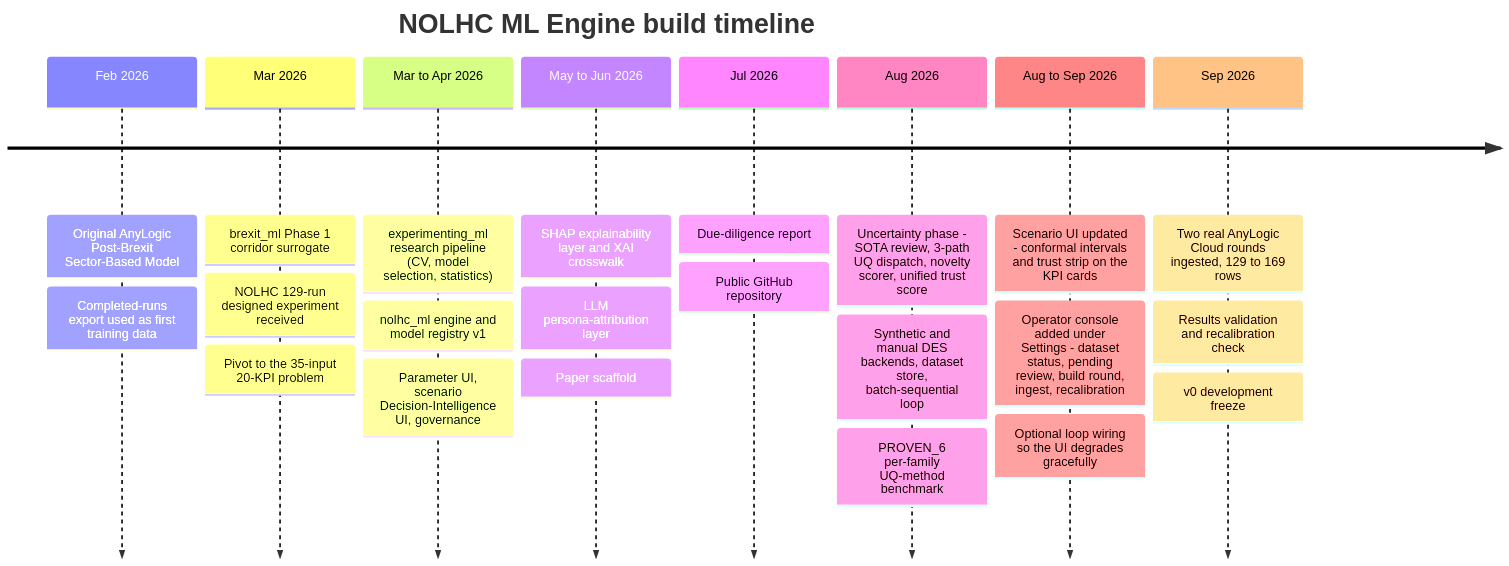
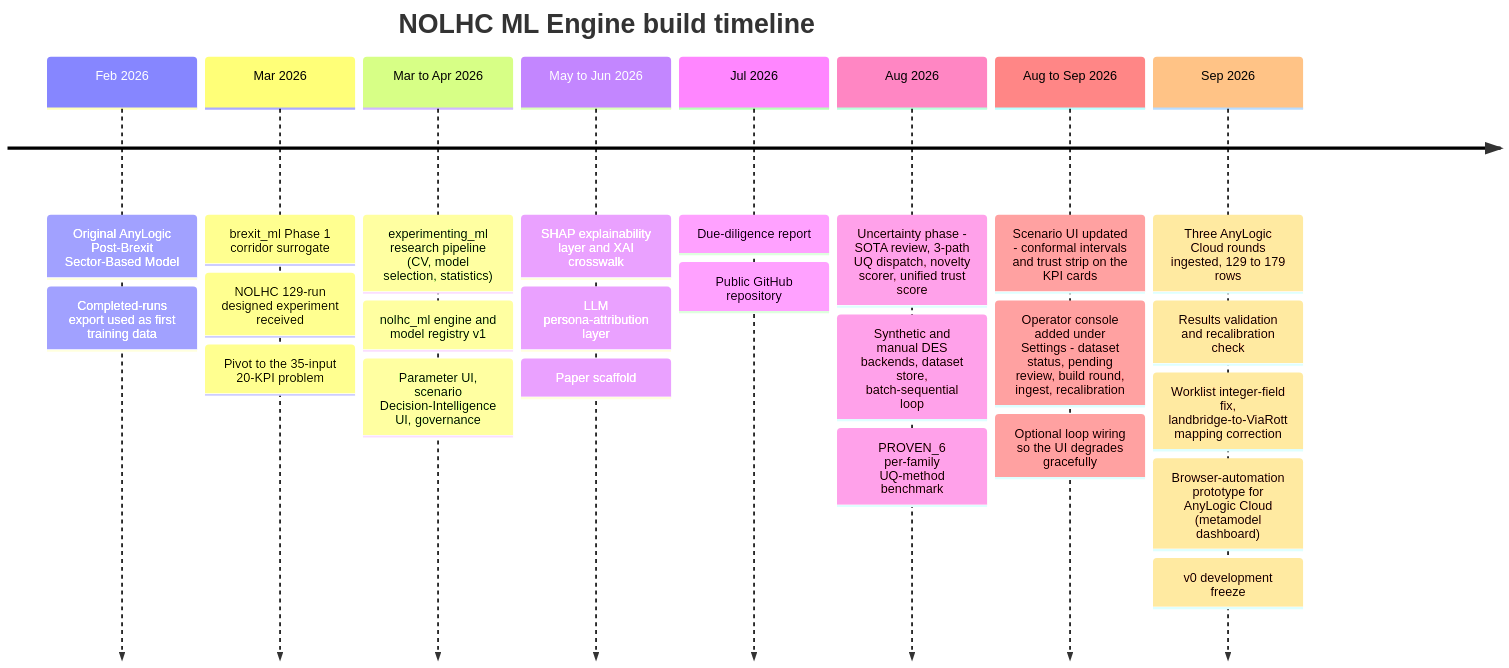
Before and after one commit to nilashree28-wq/NOLHC-ML-Engine: the first of 3 diagrams in docs/NOLHC_ML_Engine_Technical_Report.md, drawn with Mermaid. The commit also changed other lines of this file and 1 other file, not shown here.

First line of the commit message:
docs: reflect 6-Sep changes in technical report + REPRODUCE

````diff
--- a/docs/NOLHC_ML_Engine_Technical_Report.md
+++ b/docs/NOLHC_ML_Engine_Technical_Report.md
@@ -69,12 +69,12 @@
 ```mermaid
 timeline
     title NOLHC ML Engine build timeline
     Feb 2026 : Original AnyLogic Post-Brexit Sector-Based Model : Completed-runs export used as first training data
     Mar 2026 : brexit_ml Phase 1 corridor surrogate : NOLHC 129-run designed experiment received : Pivot to the 35-input 20-KPI problem
     Mar to Apr 2026 : experimenting_ml research pipeline (CV, model selection, statistics) : nolhc_ml engine and model registry v1 : Parameter UI, scenario Decision-Intelligence UI, governance
     May to Jun 2026 : SHAP explainability layer and XAI crosswalk : LLM persona-attribution layer : Paper scaffold
     Jul 2026 : Due-diligence report : Public GitHub repository
     Aug 2026 : Uncertainty phase - SOTA review, 3-path UQ dispatch, novelty scorer, unified trust score : Synthetic and manual DES backends, dataset store, batch-sequential loop : PROVEN_6 per-family UQ-method benchmark
     Aug to Sep 2026 : Scenario UI updated - conformal intervals and trust strip on the KPI cards : Operator console added under Settings - dataset status, pending review, build round, ingest, recalibration : Optional loop wiring so the UI degrades gracefully
-    Sep 2026 : Two real AnyLogic Cloud rounds ingested, 129 to 169 rows : Results validation and recalibration check : v0 development freeze
+    Sep 2026 : Three AnyLogic Cloud rounds ingested, 129 to 179 rows : Results validation and recalibration check : Worklist integer-field fix, landbridge-to-ViaRott mapping correction : Browser-automation prototype for AnyLogic Cloud (metamodel dashboard) : v0 development freeze
 ```
````
